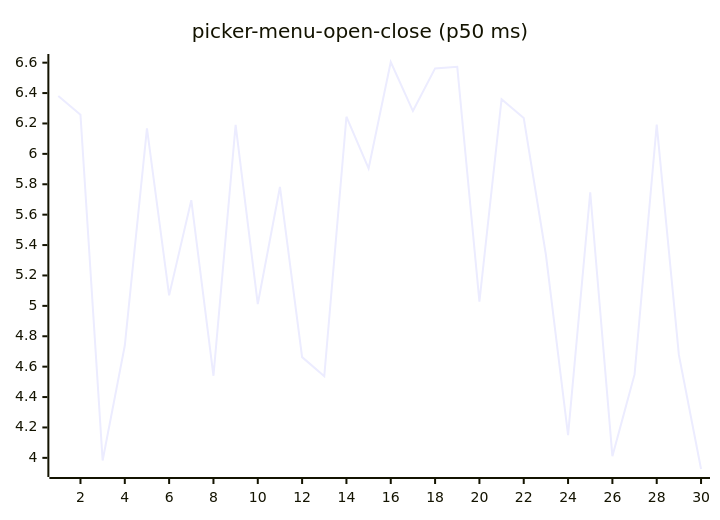
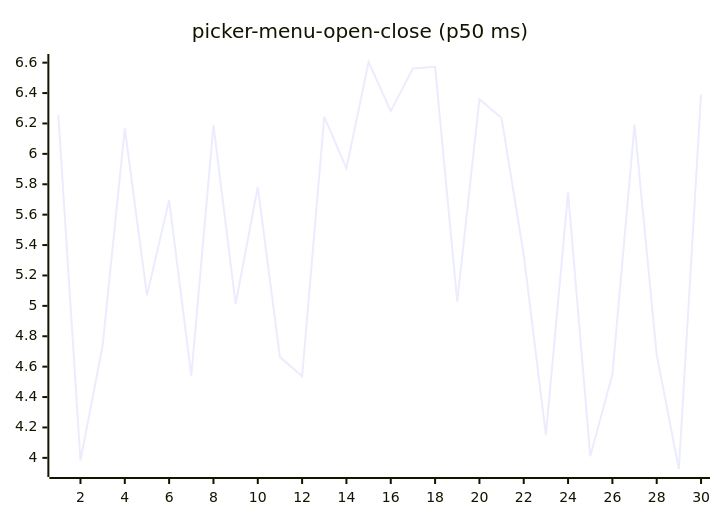
Before and after one commit to josha/Facet: diagram 16 of 27 in README.md, drawn with Mermaid. The commit also changed other lines of this file and 2 other files, not shown here.

````diff
--- a/README.md
+++ b/README.md
@@ -168,6 +168,6 @@
 ```mermaid
 xychart-beta
     title "picker-menu-open-close (p50 ms)"
     x-axis 1 --> 30
-    line [6.3801, 6.2569, 3.9826, 4.7388, 6.1676, 5.0690, 5.6954, 4.5402, 6.1912, 5.0120, 5.7822, 4.6627, 4.5372, 6.2442, 5.9038, 6.6044, 6.2815, 6.5623, 6.5728, 5.0278, 6.3599, 6.2355, 5.3362, 4.1492, 5.7473, 4.0112, 4.5489, 6.1919, 4.6774, 3.9267]
+    line [6.2569, 3.9826, 4.7388, 6.1676, 5.0690, 5.6954, 4.5402, 6.1912, 5.0120, 5.7822, 4.6627, 4.5372, 6.2442, 5.9038, 6.6044, 6.2815, 6.5623, 6.5728, 5.0278, 6.3599, 6.2355, 5.3362, 4.1492, 5.7473, 4.0112, 4.5489, 6.1919, 4.6774, 3.9267, 6.3897]
 ```
````
